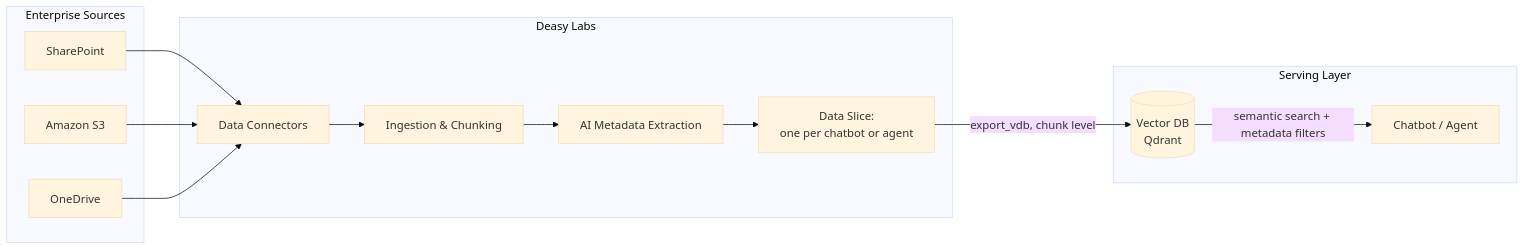
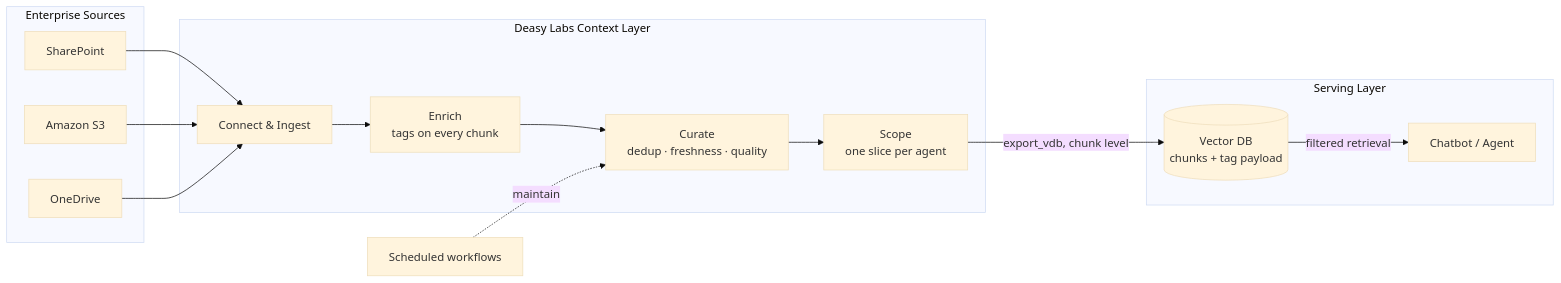
One commit to Deasie-internal/deasy-docs changed the diagram in use-cases/rag-and-agents.mdx. Above: the diagram before and after it, drawn with Mermaid (base theme). The commit also changed other lines of this file, not shown here.

First line of the commit message:
docs: reframe RAG and agent use case around the full context layer

````diff
--- a/use-cases/rag-and-agents.mdx
+++ b/use-cases/rag-and-agents.mdx
@@ -10,27 +25,28 @@
 ```mermaid
 flowchart LR
     subgraph sources [Enterprise Sources]
         SP[SharePoint]
         S3[Amazon S3]
         OD[OneDrive]
     end
 
-    subgraph platform [Deasy Labs]
-        DC[Data Connectors]
-        ING[Ingestion & Chunking]
-        TAG[AI Metadata Extraction]
-        DS[Data Slice:<br/>one per chatbot or agent]
+    subgraph platform [Deasy Labs Context Layer]
+        DC[Connect & Ingest]
+        TAG[Enrich<br/>tags on every chunk]
+        GATE[Curate<br/>dedup · freshness · quality]
+        DS[Scope<br/>one slice per agent]
     end
 
     subgraph serving [Serving Layer]
-        VDB[(Vector DB<br/>Qdrant)]
+        VDB[(Vector DB<br/>chunks + tag payload)]
         LLM[Chatbot / Agent]
     end
 
     SP --> DC
     S3 --> DC
     OD --> DC
-    DC --> ING --> TAG --> DS
+    DC --> TAG --> GATE --> DS
     DS -->|export_vdb, chunk level| VDB
-    VDB -->|semantic search + metadata filters| LLM
+    VDB -->|filtered retrieval| LLM
+    CRON[Scheduled workflows] -.->|maintain| GATE
 ```
````
